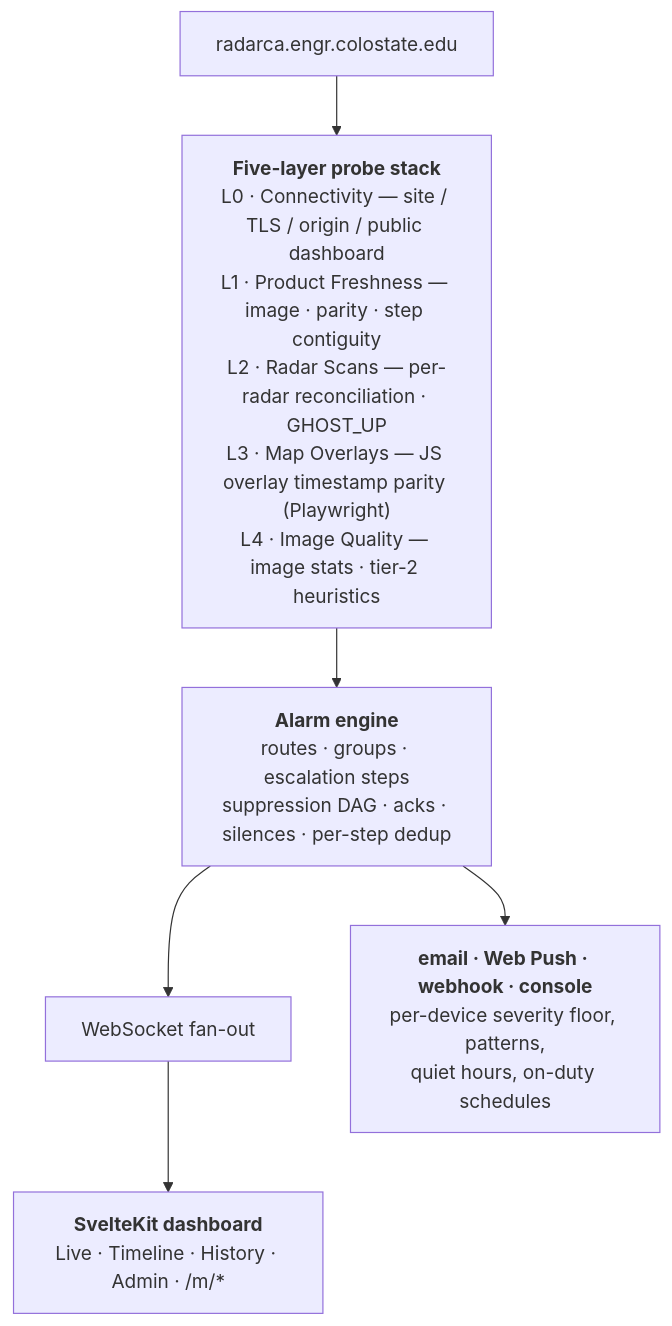
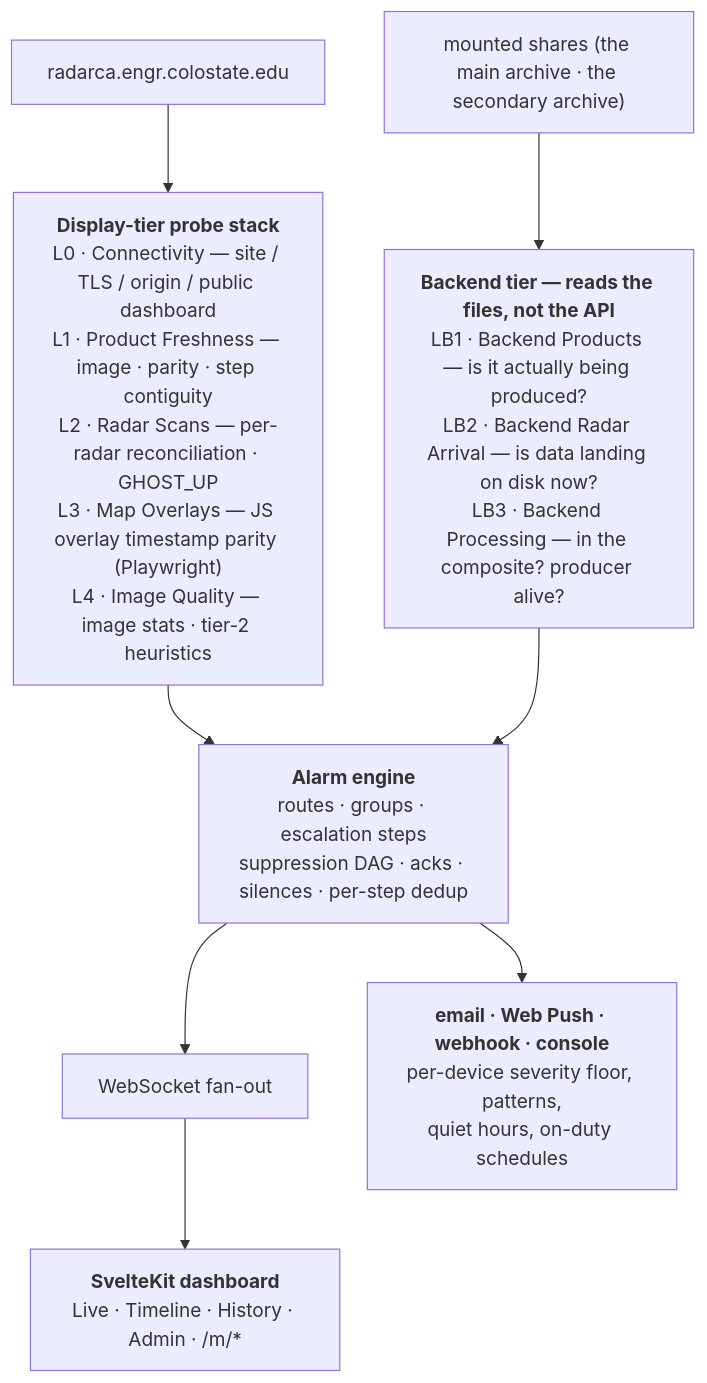
One commit to jkmesches/AQPI-Sentinel changed the diagram in README.md. Above: the diagram before and after it, drawn with Mermaid. The commit also changed other lines of this file and 2 other files, not shown here.

````diff
--- a/README.md
+++ b/README.md
@@ -28,12 +30,15 @@
 ```mermaid
 flowchart TB
     upstream["radarca.engr.colostate.edu"]
-    layers["<b>Five-layer probe stack</b><br/>L0 · Connectivity — site / TLS / origin / public dashboard<br/>L1 · Product Freshness — image · parity · step contiguity<br/>L2 · Radar Scans — per-radar reconciliation · GHOST_UP<br/>L3 · Map Overlays — JS overlay timestamp parity (Playwright)<br/>L4 · Image Quality — image stats · tier-2 heuristics"]
+    shares["mounted shares (the main archive · the secondary archive)"]
+    layers["<b>Display-tier probe stack</b><br/>L0 · Connectivity — site / TLS / origin / public dashboard<br/>L1 · Product Freshness — image · parity · step contiguity<br/>L2 · Radar Scans — per-radar reconciliation · GHOST_UP<br/>L3 · Map Overlays — JS overlay timestamp parity (Playwright)<br/>L4 · Image Quality — image stats · tier-2 heuristics"]
+    backend["<b>Backend tier — reads the files, not the API</b><br/>LB1 · Backend Products — is it actually being produced?<br/>LB2 · Backend Radar Arrival — is data landing on disk now?<br/>LB3 · Backend Processing — in the composite? producer alive?"]
     engine["<b>Alarm engine</b><br/>routes · groups · escalation steps<br/>suppression DAG · acks · silences · per-step dedup"]
     ws["WebSocket fan-out"]
     dash["<b>SvelteKit dashboard</b><br/>Live · Timeline · History · Admin · /m/*"]
     sinks["<b>email · Web Push · webhook · console</b><br/>per-device severity floor, patterns,<br/>quiet hours, on-duty schedules"]
 
     upstream --> layers --> engine --> ws --> dash
+    shares --> backend --> engine
     engine --> sinks
 ```
````
